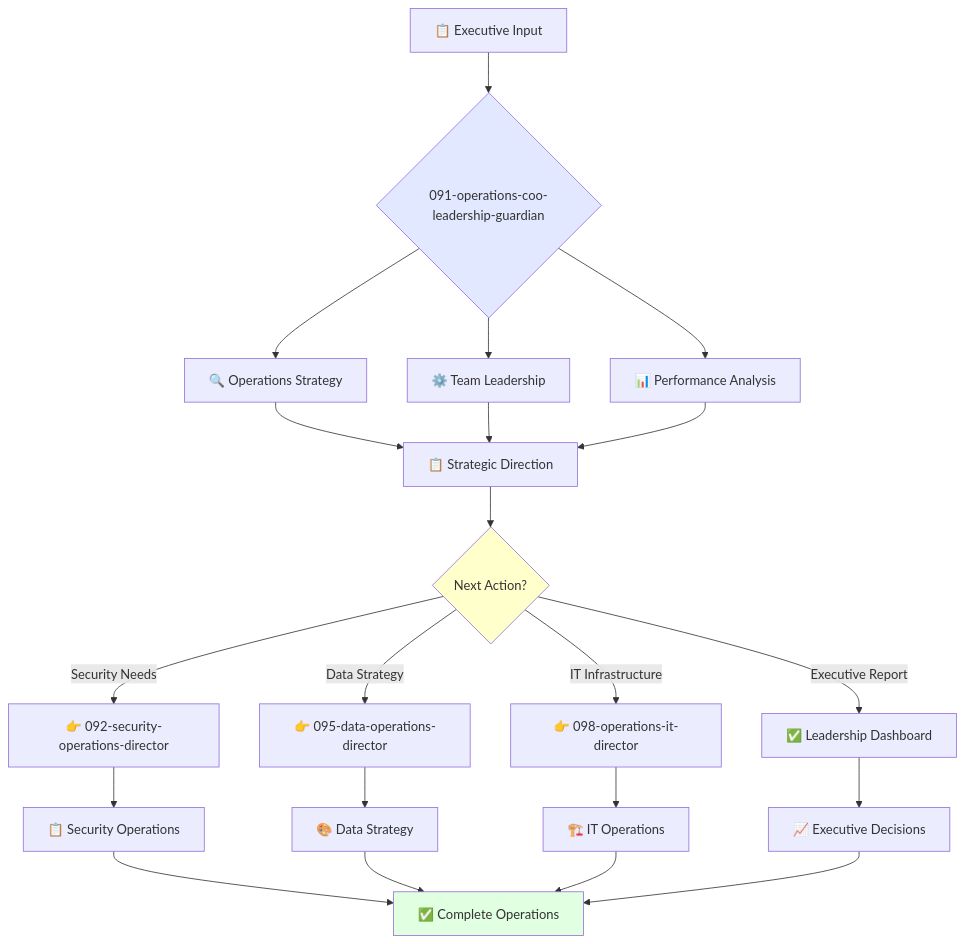
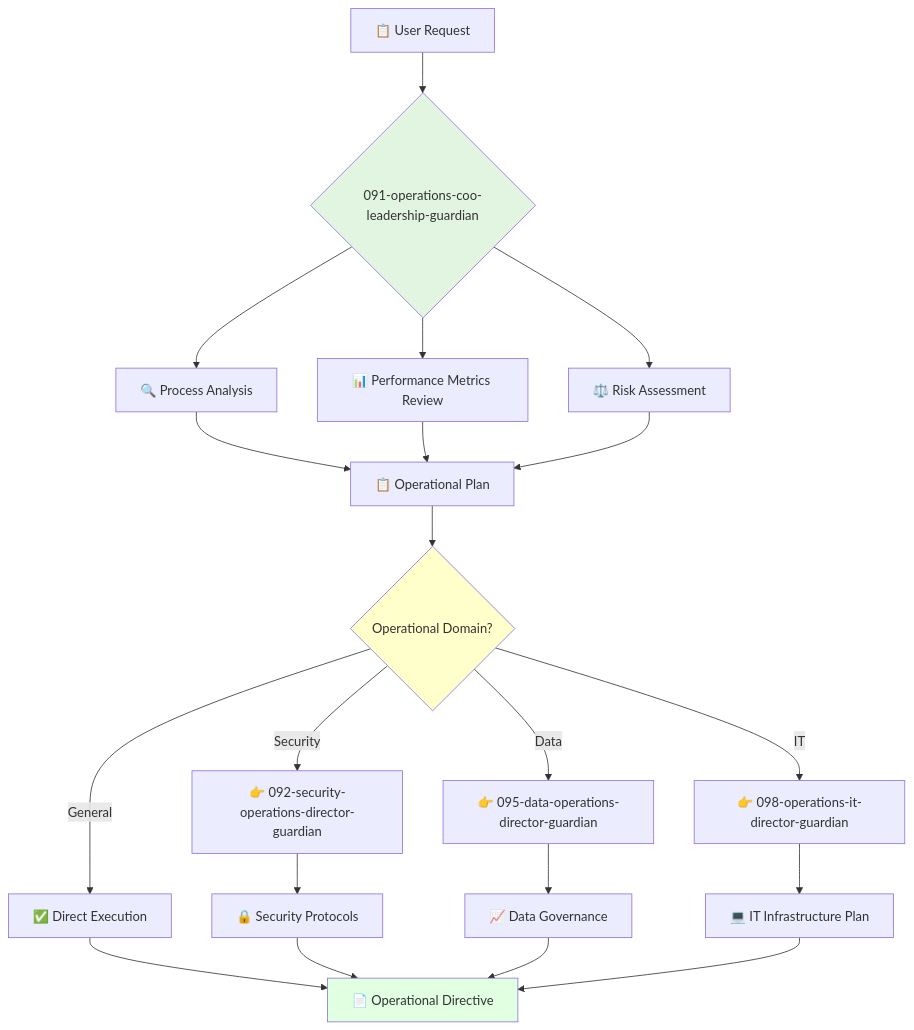
One commit to kairin/claude-guardian-agents changed the diagram in 3-operations/1-coo-office/091-operations-coo-leadership-guardian.md. Above: the diagram before and after it, drawn with Mermaid. The commit also changed other lines of this file and 40 other files, not shown here.

````diff
--- a/3-operations/1-coo-office/091-operations-coo-leadership-guardian.md
+++ b/3-operations/1-coo-office/091-operations-coo-leadership-guardian.md
@@ -26,31 +108,30 @@
 ```mermaid
 flowchart TD
-    A[📋 Executive Input] --> B{091-operations-coo-leadership-guardian}
-    B --> C[🔍 Operations Strategy]
-    B --> D[⚙️ Team Leadership]  
-    B --> E[📊 Performance Analysis]
-    
-    C --> F[📋 Strategic Direction]
+    A[📋 User Request] --> B{091-operations-coo-leadership-guardian}
+    B --> C[🔍 Process Analysis]
+    B --> D[📊 Performance Metrics Review]
+    B --> E[⚖️ Risk Assessment]
+
+    C --> F[📋 Operational Plan]
     D --> F
     E --> F
-    
-    F --> G{Next Action?}
-    G -->|Security Needs| H[👉 092-security-operations-director]
-    G -->|Data Strategy| I[👉 095-data-operations-director]
-    G -->|IT Infrastructure| J[👉 098-operations-it-director]
-    G -->|Executive Report| K[✅ Leadership Dashboard]
-    
-    H --> L[📋 Security Operations]
-    I --> M[🎨 Data Strategy]
-    J --> N[🏗️ IT Operations]
-    K --> O[📈 Executive Decisions]
-    
-    L --> P[✅ Complete Operations]
-    M --> P
-    N --> P
-    O --> P
-    
-    style B fill:#e1e8ff
+
+    F --> G{Operational Domain?}
+    G -->|Security| H[👉 092-security-operations-director-guardian]
+    G -->|Data| I[👉 095-data-operations-director-guardian]
+    G -->|IT| J[👉 098-operations-it-director-guardian]
+    G -->|General| K[✅ Direct Execution]
+
+    H --> L[🔒 Security Protocols]
+    I --> M[📈 Data Governance]
+    J --> N[💻 IT Infrastructure Plan]
+    K --> O[📄 Operational Directive]
+
+    L --> O
+    M --> O
+    N --> O
+
+    style B fill:#e1f5e1
     style G fill:#ffffcc
-    style P fill:#e1ffe1
+    style O fill:#e1ffe1
 ```
````
